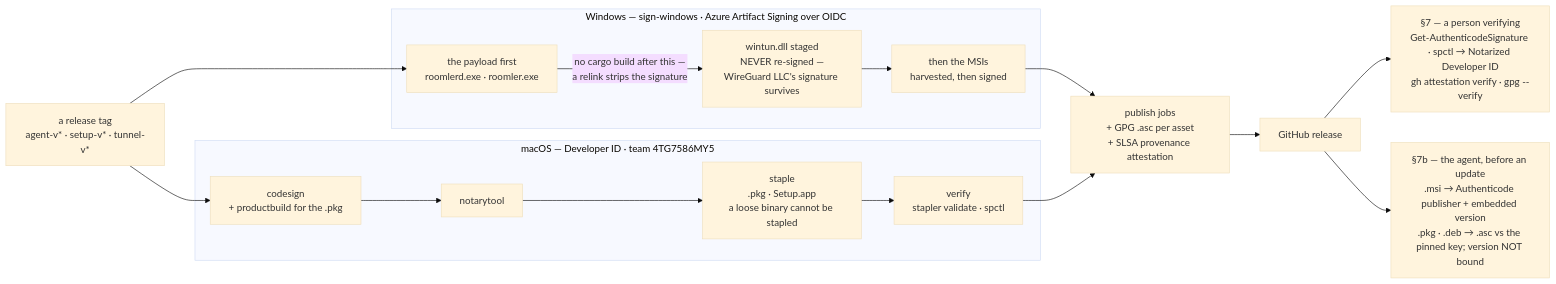
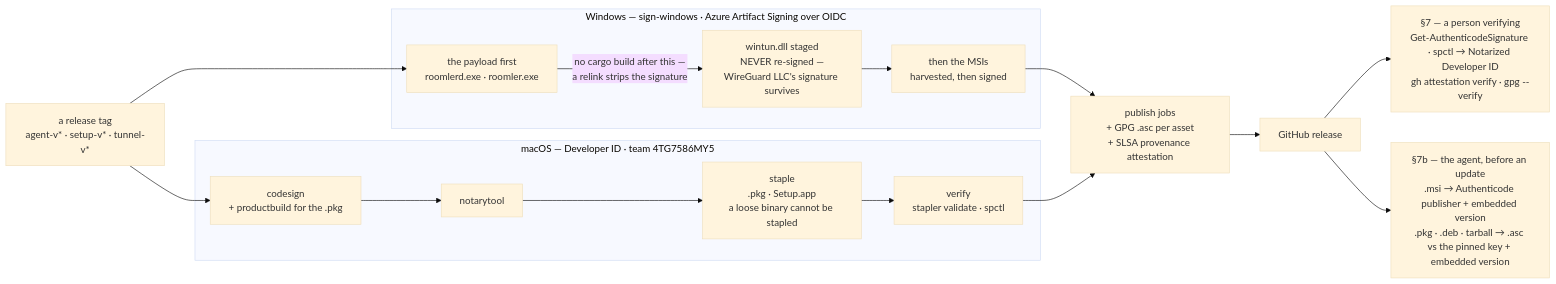
Before and after one commit to gjovanov/roomler-ai: the first of 2 diagrams in docs/code-signing.md, drawn with Mermaid (base theme). The commit also changed other lines of this file and 18 other files, not shown here.

First line of the commit message:
feat(fr-97): P6a — the .deb, .pkg and tarball are bound to the release they are offered as (#2464)

````diff
--- a/docs/code-signing.md
+++ b/docs/code-signing.md
@@ -157,26 +158,26 @@
 ```mermaid
 graph LR
     TAG["a release tag<br/>agent-v* · setup-v* · tunnel-v*"]
 
     subgraph WIN["Windows — sign-windows · Azure Artifact Signing over OIDC"]
         W1["the payload first<br/>roomlerd.exe · roomler.exe"]
         W2["wintun.dll staged<br/>NEVER re-signed —<br/>WireGuard LLC's signature survives"]
         W3["then the MSIs<br/>harvested, then signed"]
         W1 -->|"no cargo build after this —<br/>a relink strips the signature"| W2 --> W3
     end
 
     subgraph MAC["macOS — Developer ID · team 4TG7586MY5"]
         M1["codesign<br/>+ productbuild for the .pkg"] --> M2["notarytool"]
         M2 --> M3["staple<br/>.pkg · Setup.app<br/>a loose binary cannot be stapled"]
         M3 --> M4["verify<br/>stapler validate · spctl"]
     end
 
     TAG --> W1
     TAG --> M1
     W3 --> PUB
     M4 --> PUB
     PUB["publish jobs<br/>+ GPG .asc per asset<br/>+ SLSA provenance attestation"] --> REL["GitHub release"]
 
     REL --> HUMAN["§7 — a person verifying<br/>Get-AuthenticodeSignature · spctl → Notarized Developer ID<br/>gh attestation verify · gpg --verify"]
-    REL --> AGENT["§7b — the agent, before an update<br/>.msi → Authenticode publisher + embedded version<br/>.pkg · .deb → .asc vs the pinned key; version NOT bound"]
+    REL --> AGENT["§7b — the agent, before an update<br/>.msi → Authenticode publisher + embedded version<br/>.pkg · .deb · tarball → .asc vs the pinned key + embedded version"]
 ```
````
